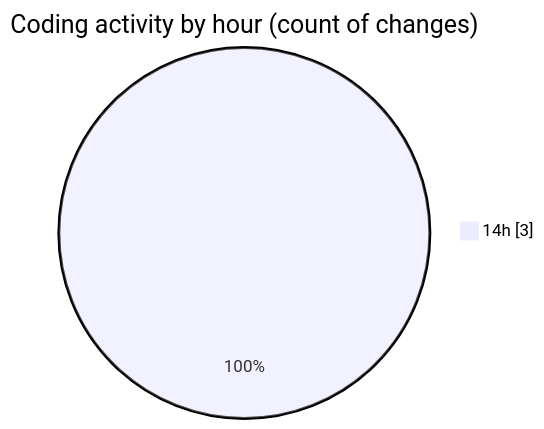
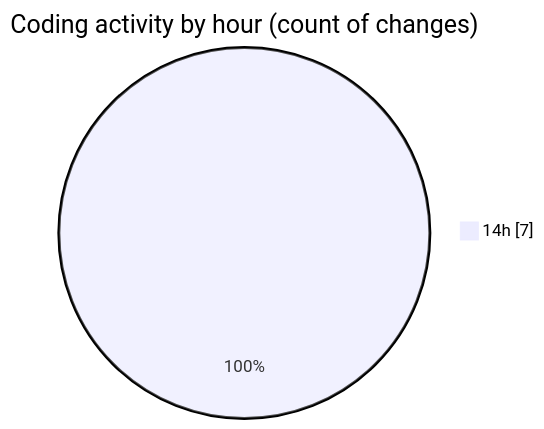
One commit to NitaiMahat/code-tracking changed the second of 2 diagrams in 2025-02-09/coding_prac_2/README.md. Above: the diagram before and after it, drawn with Mermaid. The commit also changed other lines of this file and 1 other file, not shown here.

````diff
--- a/2025-02-09/coding_prac_2/README.md
+++ b/2025-02-09/coding_prac_2/README.md
@@ -28,5 +28,5 @@
 ```mermaid
 pie showData
 title Coding activity by hour (count of changes)
-"14h" : 3
+"14h" : 7
 ```
````
